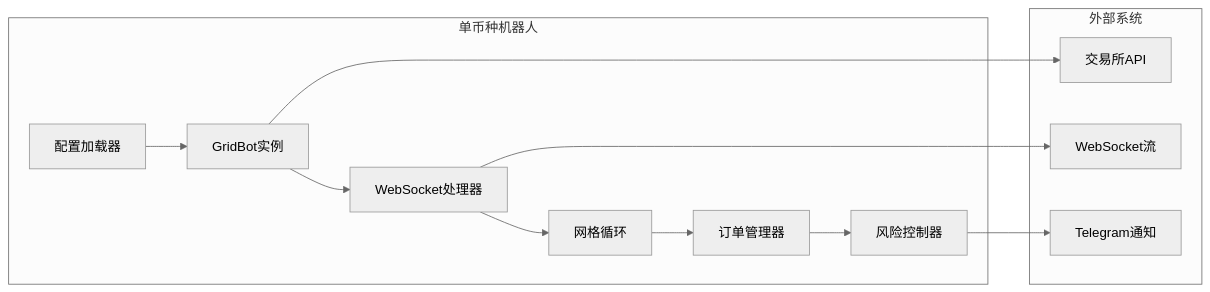
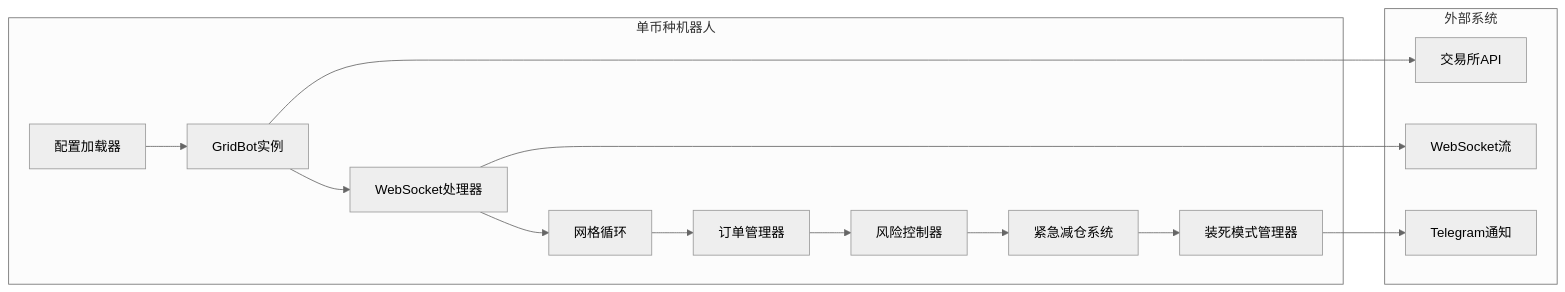
The second of 4 diagrams in docs/README_ZN.md (aoooeg/AS-Grid), drawn with Mermaid (neutral theme) before and after one commit. The commit also changed other lines of this file and 2 other files, not shown here.

````diff
--- a/docs/README_ZN.md
+++ b/docs/README_ZN.md
@@ -123,20 +143,22 @@
 ```mermaid
 flowchart LR
     subgraph Single["单币种机器人"]
         A1[配置加载器] --> B1[GridBot实例]
         B1 --> C1[WebSocket处理器]
         C1 --> D1[网格循环]
         D1 --> E1[订单管理器]
         E1 --> F1[风险控制器]
+        F1 --> G1[紧急减仓系统]
+        G1 --> H1[装死模式管理器]
     end
 
     subgraph External["外部系统"]
-        G1[交易所API]
-        H1[WebSocket流]
-        I1[Telegram通知]
+        I1[交易所API]
+        J1[WebSocket流]
+        K1[Telegram通知]
     end
 
-    B1 --> G1
-    C1 --> H1
-    F1 --> I1
+    B1 --> I1
+    C1 --> J1
+    H1 --> K1
 ```
````
